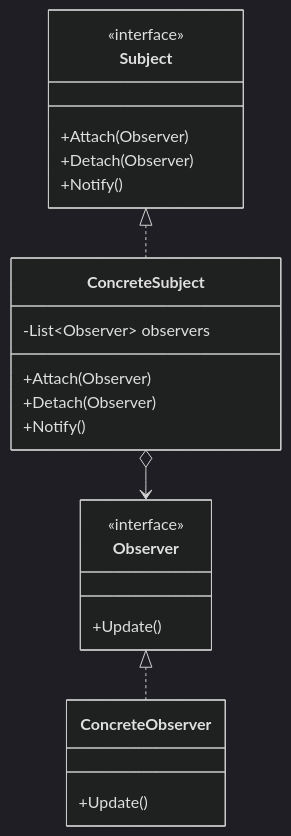
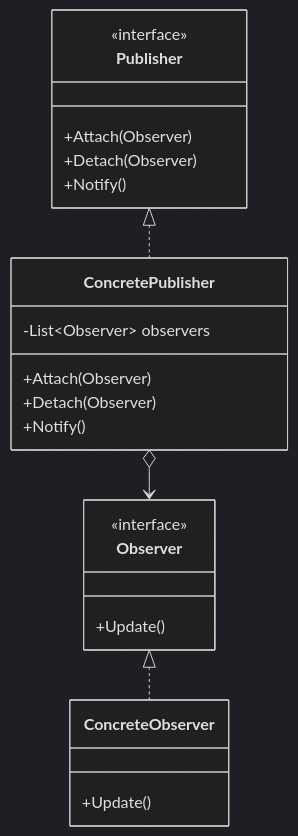
One commit to manaxpow/DBMS changed the fourth of 15 diagrams in docs/design-patterns/database-managment/README.md. Above: the diagram before and after it, drawn with Mermaid (dark theme). The commit also changed other lines of this file and 9 other files, not shown here.

````diff
--- a/docs/design-patterns/database-managment/README.md
+++ b/docs/design-patterns/database-managment/README.md
@@ -155,25 +154,25 @@
 ```mermaid
 classDiagram
-    class Subject {
+    class Publisher {
         <<interface>>
         +Attach(Observer)
         +Detach(Observer)
         +Notify()
     }
     class Observer {
         <<interface>>
         +Update()
     }
-    class ConcreteSubject {
+    class ConcretePublisher {
         -List~Observer~ observers
         +Attach(Observer)
         +Detach(Observer)
         +Notify()
     }
     class ConcreteObserver {
         +Update()
     }
-    Subject <|.. ConcreteSubject
+    Publisher <|.. ConcretePublisher
     Observer <|.. ConcreteObserver
-    ConcreteSubject o--> Observer
+    ConcretePublisher o--> Observer
 ```
````
